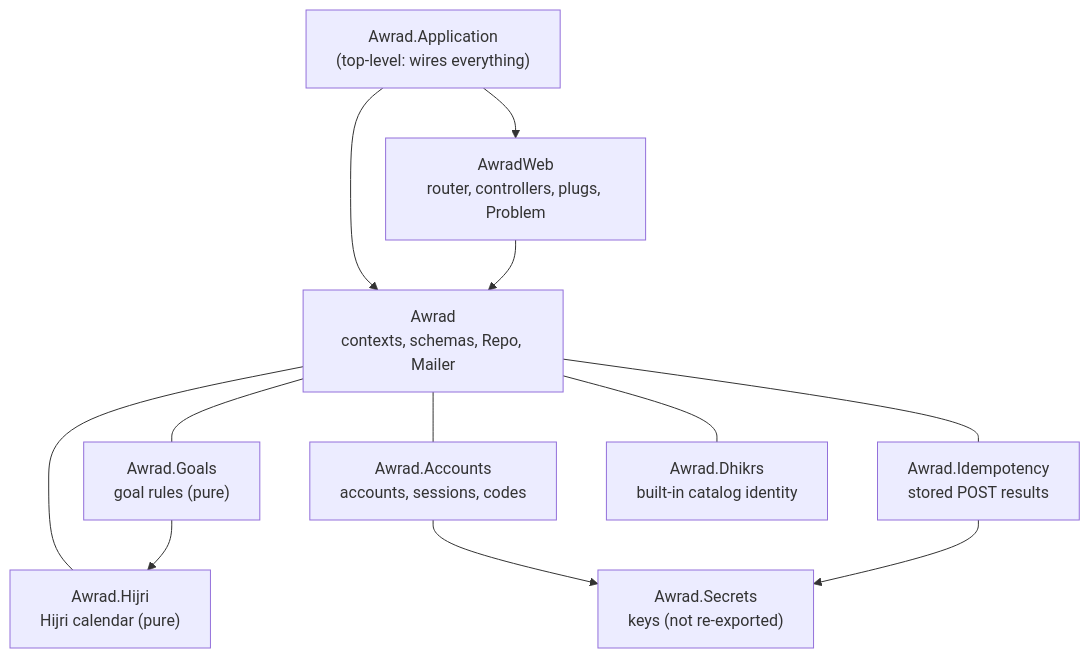
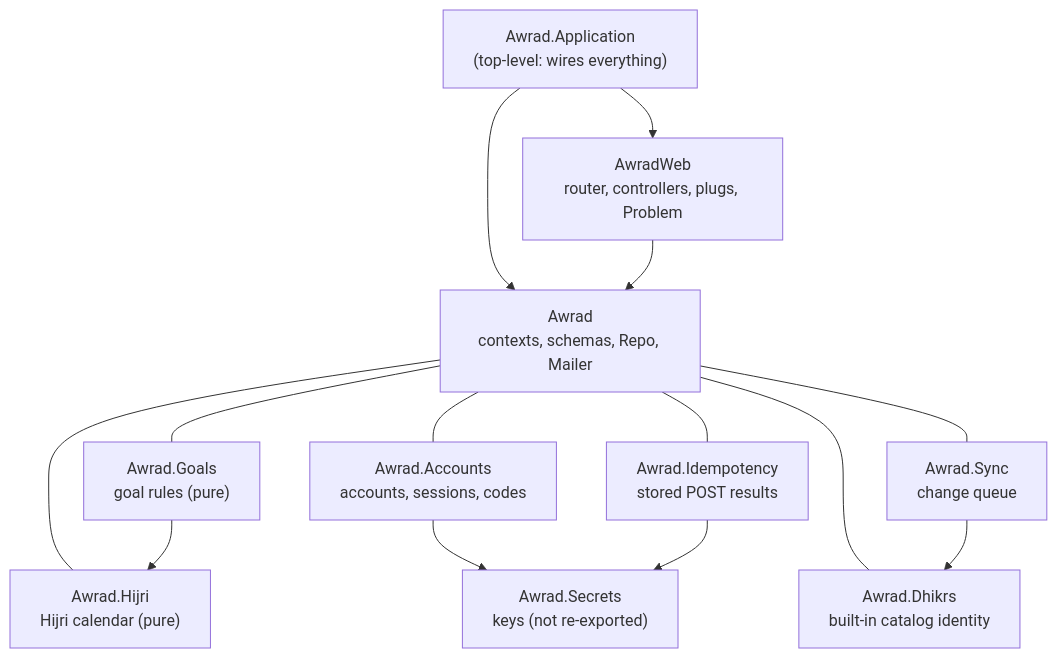
The diagram in awrad-server-next/ARCHITECTURE.md (shibilyt/awrad), drawn with Mermaid before and after one commit. The commit also changed other lines of this file and 39 other files, not shown here.

````diff
--- a/awrad-server-next/ARCHITECTURE.md
+++ b/awrad-server-next/ARCHITECTURE.md
@@ -10,23 +10,26 @@
 ```mermaid
 flowchart TD
   app["Awrad.Application<br/>(top-level: wires everything)"]
   web["AwradWeb<br/>router, controllers, plugs, Problem"]
   domain["Awrad<br/>contexts, schemas, Repo, Mailer"]
   goals["Awrad.Goals<br/>goal rules (pure)"]
   hijri["Awrad.Hijri<br/>Hijri calendar (pure)"]
   accounts["Awrad.Accounts<br/>accounts, sessions, codes"]
   idem["Awrad.Idempotency<br/>stored POST results"]
   dhikrs["Awrad.Dhikrs<br/>built-in catalog identity"]
+  sync["Awrad.Sync<br/>change queue"]
   secrets["Awrad.Secrets<br/>keys (not re-exported)"]
   app --> web
   app --> domain
   web --> domain
   domain --- goals
   domain --- hijri
   domain --- accounts
   domain --- idem
   domain --- dhikrs
+  domain --- sync
+  sync --> dhikrs
   goals --> hijri
   accounts --> secrets
   idem --> secrets
 ```
````
